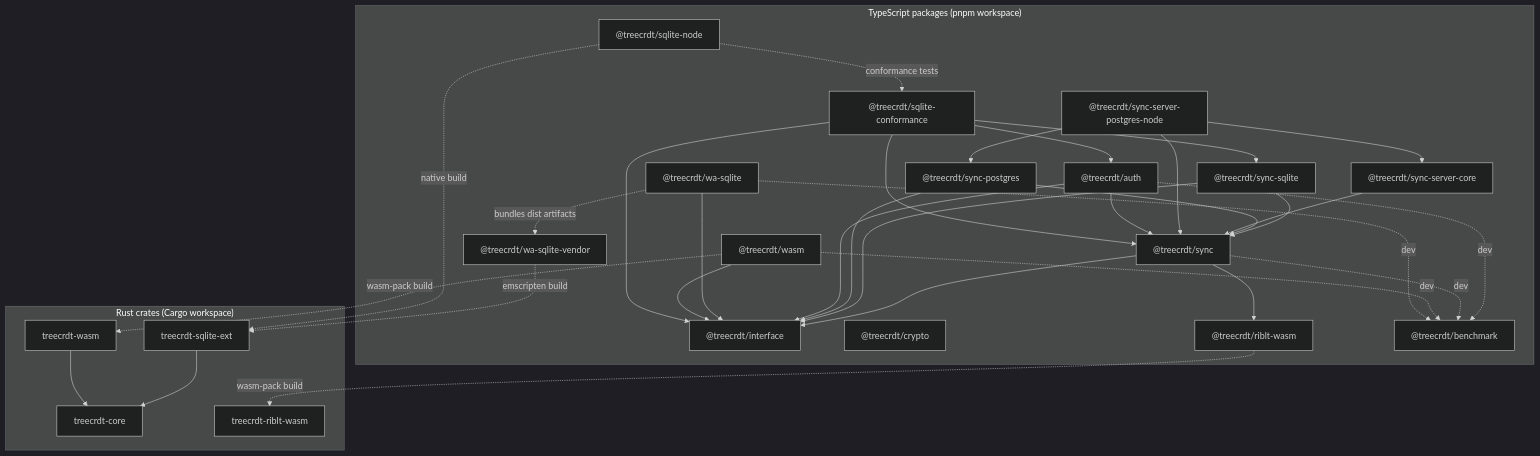
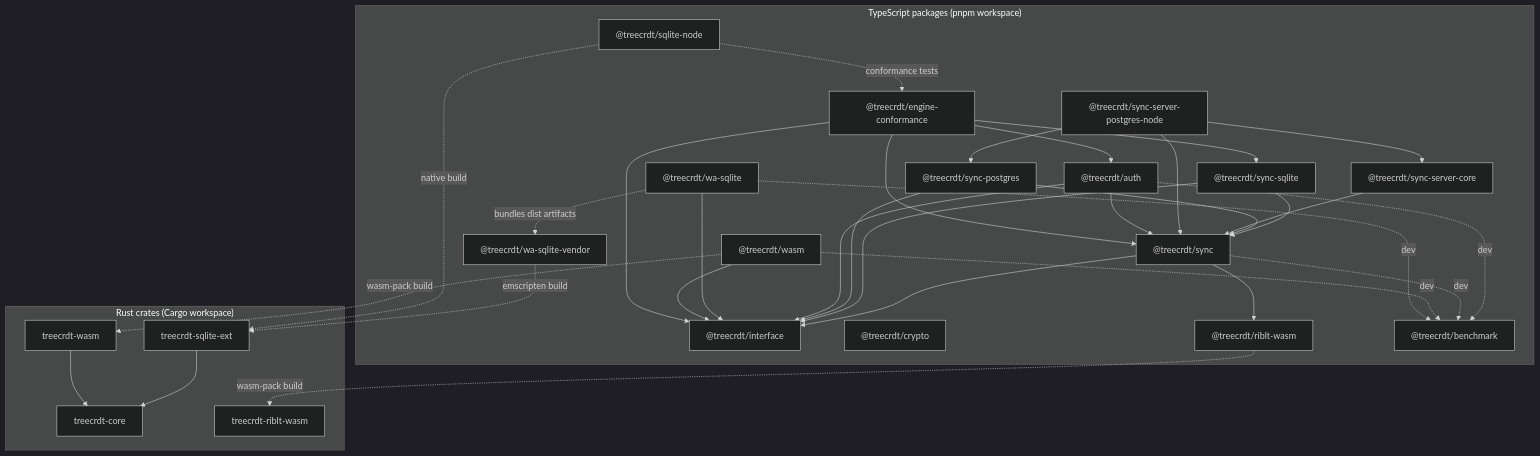
Before and after one commit to cybersemics/treecrdt: the diagram in docs/ARCHITECTURE.md, drawn with Mermaid (dark theme).

Commit message:
docs: rename engine conformance package

````diff
--- a/docs/ARCHITECTURE.md
+++ b/docs/ARCHITECTURE.md
@@ -18,66 +18,66 @@
 ```mermaid
 flowchart TD
   %% Rust crates (Cargo workspace)
   subgraph Rust["Rust crates (Cargo workspace)"]
     core_crate["treecrdt-core"]
     sqlite_ext_crate["treecrdt-sqlite-ext"]
     wasm_crate["treecrdt-wasm"]
     riblt_crate["treecrdt-riblt-wasm"]
 
     sqlite_ext_crate --> core_crate
     wasm_crate --> core_crate
   end
 
   %% TypeScript packages (pnpm workspace)
   subgraph TS["TypeScript packages (pnpm workspace)"]
     iface["@treecrdt/interface"]
     sync_core["@treecrdt/sync"]
     sync_sqlite["@treecrdt/sync-sqlite"]
     sync_postgres["@treecrdt/sync-postgres"]
     sync_server_core["@treecrdt/sync-server-core"]
     sync_server_pg["@treecrdt/sync-server-postgres-node"]
     auth["@treecrdt/auth"]
     crypto["@treecrdt/crypto"]
     wa_vendor["@treecrdt/wa-sqlite-vendor"]
     wa["@treecrdt/wa-sqlite"]
     wasm_pkg["@treecrdt/wasm"]
     riblt_pkg["@treecrdt/riblt-wasm"]
     sqlite_node["@treecrdt/sqlite-node"]
-    conformance["@treecrdt/sqlite-conformance"]
+    conformance["@treecrdt/engine-conformance"]
     bench["@treecrdt/benchmark"]
   end
 
   %% Runtime dependencies
   sync_core --> iface
   sync_core --> riblt_pkg
   sync_sqlite --> sync_core
   sync_sqlite --> iface
   sync_postgres --> sync_core
   sync_postgres --> iface
   sync_server_core --> sync_core
   sync_server_pg --> sync_core
   sync_server_pg --> sync_postgres
   sync_server_pg --> sync_server_core
   auth --> iface
   auth --> sync_core
   wa --> iface
   wasm_pkg --> iface
   conformance --> auth
   conformance --> sync_core
   conformance --> sync_sqlite
   conformance --> iface
 
   %% Build-time connections (how artifacts are produced)
   riblt_pkg -. wasm-pack build .-> riblt_crate
   wasm_pkg -. wasm-pack build .-> wasm_crate
   wa_vendor -. emscripten build .-> sqlite_ext_crate
   sqlite_node -. native build .-> sqlite_ext_crate
   wa -. bundles dist artifacts .-> wa_vendor
 
   %% Dev/test relationships (kept out of runtime deps)
   auth -. dev .-> bench
   sync_core -. dev .-> bench
   wasm_pkg -. dev .-> bench
   wa -. dev .-> bench
   sqlite_node -. conformance tests .-> conformance
 ```
````
